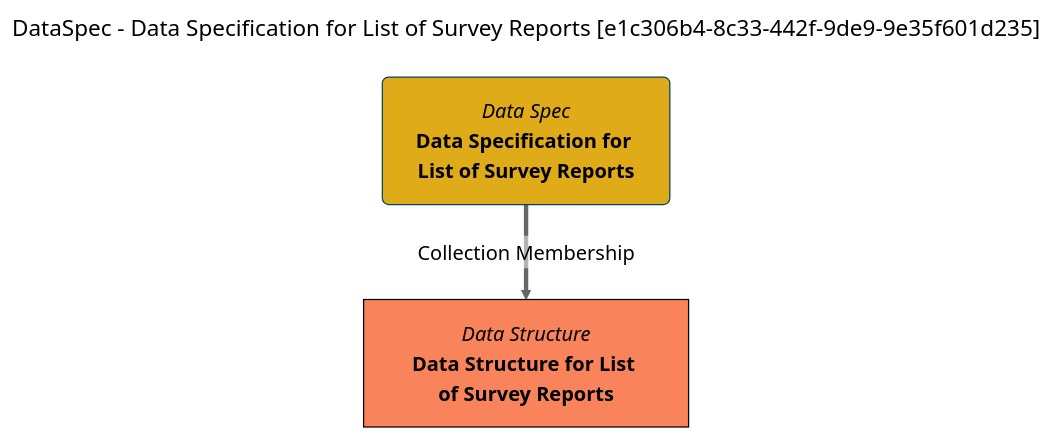
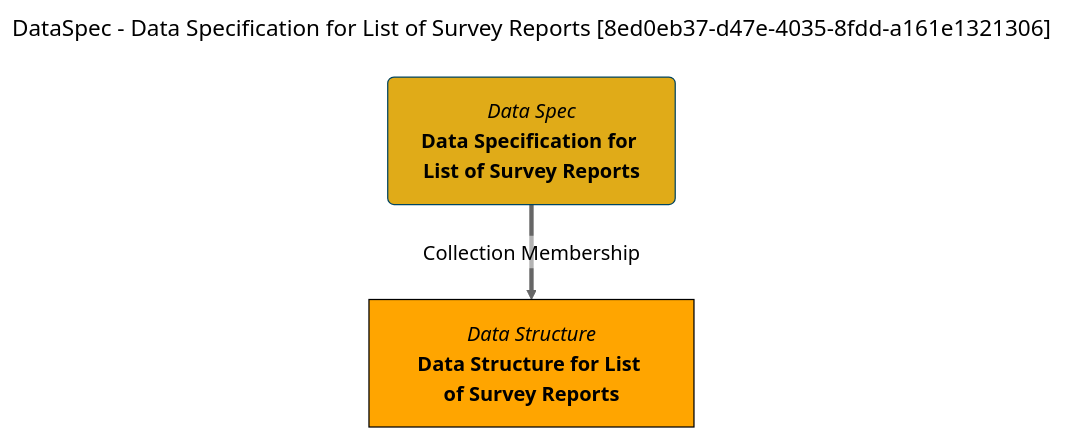
Before and after one commit to odpi/egeria-docs: the diagram in site/snippets/collections/data-specs/data-specification-for-list-of-survey-reports-mermaid-graph.md, drawn with Mermaid (neutral theme). The commit also changed 2201 other files, not shown here.

````diff
--- a/site/snippets/collections/data-specs/data-specification-for-list-of-survey-reports-mermaid-graph.md
+++ b/site/snippets/collections/data-specs/data-specification-for-list-of-survey-reports-mermaid-graph.md
@@ -1,15 +1,15 @@
 ```mermaid
 ---
-title: DataSpec - Data Specification for List of Survey Reports [e1c306b4-8c33-442f-9de9-9e35f601d235]
+title: DataSpec - Data Specification for List of Survey Reports [8ed0eb37-d47e-4035-8fdd-a161e1321306]
 ---
 flowchart TD
 %%{init: {"flowchart": {"htmlLabels": false}} }%%
 
 1@{ shape: rounded, label: "*Data Spec*
 **Data Specification for List of Survey Reports**"}
 2@{ shape: rect, label: "*Data Structure*
 **Data Structure for List of Survey Reports**"}
 1==>|"Collection Membership"|2
 style 1 color:#000000, fill:#e0ab18, stroke:#004563
-style 2 color:#000000, fill:#f9845b, stroke:#000000
+style 2 color:#000000, fill:#FFA500, stroke:#000000
 ```
````
